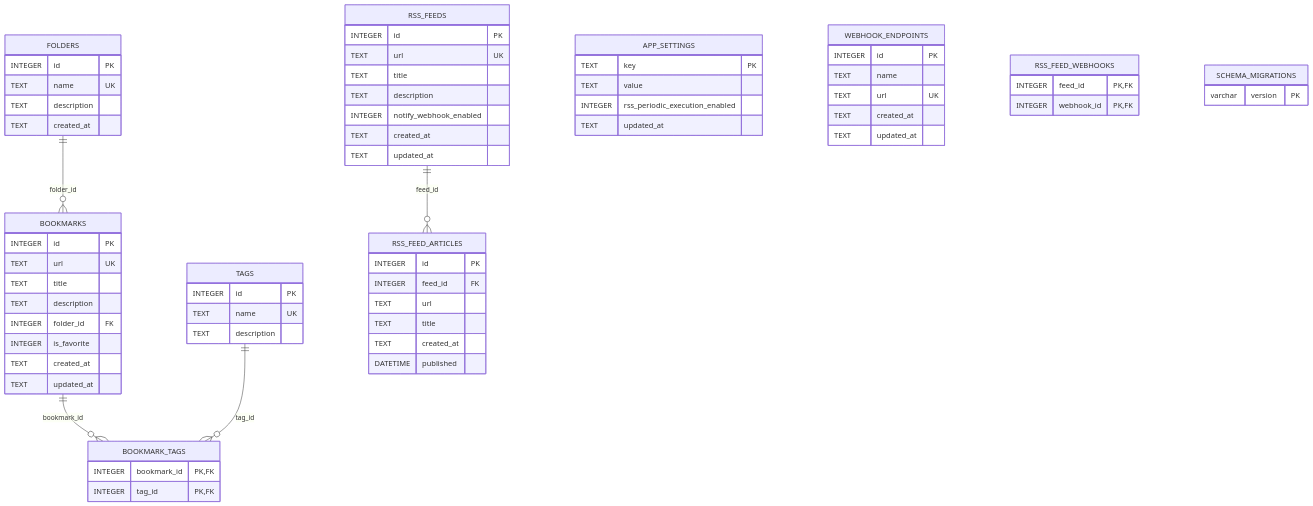
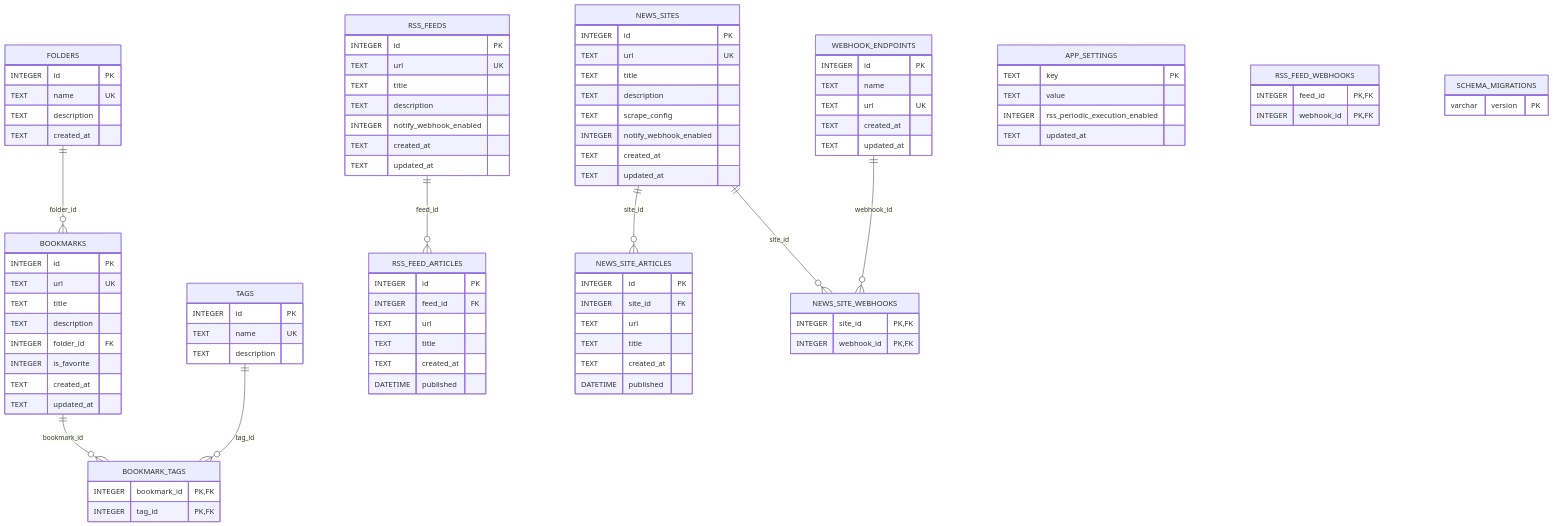
One commit to Kai17-a/shiori-keeper changed the diagram in specs/architecture/data-model.md. Above: the diagram before and after it, drawn with Mermaid. The commit also changed other lines of this file and 63 other files, not shown here.

Commit message:
feat(rss): add LLM-assisted custom news sites

```diff
--- a/specs/architecture/data-model.md
+++ b/specs/architecture/data-model.md
@@ -11,6 +11,9 @@
     BOOKMARKS ||--o{ BOOKMARK_TAGS : "bookmark_id"
     TAGS ||--o{ BOOKMARK_TAGS : "tag_id"
     RSS_FEEDS ||--o{ RSS_FEED_ARTICLES : "feed_id"
+    NEWS_SITES ||--o{ NEWS_SITE_ARTICLES : "site_id"
+    NEWS_SITES ||--o{ NEWS_SITE_WEBHOOKS : "site_id"
+    WEBHOOK_ENDPOINTS ||--o{ NEWS_SITE_WEBHOOKS : "webhook_id"
 
     FOLDERS {
         INTEGER id PK
@@ -60,6 +63,31 @@
         DATETIME published
     }
 
+    NEWS_SITES {
+        INTEGER id PK
+        TEXT url UK
+        TEXT title
+        TEXT description
+        TEXT scrape_config
+        INTEGER notify_webhook_enabled
+        TEXT created_at
+        TEXT updated_at
+    }
+
+    NEWS_SITE_ARTICLES {
+        INTEGER id PK
+        INTEGER site_id FK
+        TEXT url
+        TEXT title
+        TEXT created_at
+        DATETIME published
+    }
+
+    NEWS_SITE_WEBHOOKS {
+        INTEGER site_id PK, FK
+        INTEGER webhook_id PK, FK
+    }
+
     APP_SETTINGS {
         TEXT key PK
         TEXT value
```
